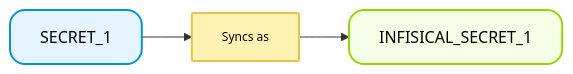
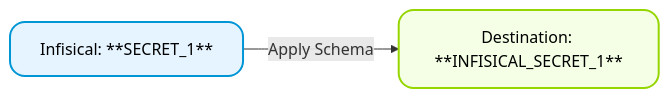
Before and after one commit to Infisical/infisical: the second of 2 diagrams in docs/integrations/secret-syncs/overview.mdx, drawn with Mermaid. The commit also changed other lines of this file, not shown here.

````diff
--- a/docs/integrations/secret-syncs/overview.mdx
+++ b/docs/integrations/secret-syncs/overview.mdx
@@ -107,9 +108,6 @@
     ```mermaid
     graph LR
-        A[SECRET_1] --> T["Syncs as"] --> B[INFISICAL_SECRET_1]
-
-        style A fill:#E6F4FF,stroke:#0096D6,stroke-width:2px,color:black,rx:15px
-        style B fill:#F4FFE6,stroke:#96D600,stroke-width:2px,color:black,rx:15px
-        style T fill:#FFF2B2,stroke:#E6C34A,stroke-width:2px,color:black,rx:2px,font-size:12px
-
+      A[Infisical: **SECRET_1**] -->|Apply Schema| B[Destination: **INFISICAL_SECRET_1**]
+      style B fill:#F4FFE6,stroke:#96D600,stroke-width:2px,color:black,rx:15px
+      style A fill:#E6F4FF,stroke:#0096D6,stroke-width:2px,color:black,rx:15px
     ```
````
